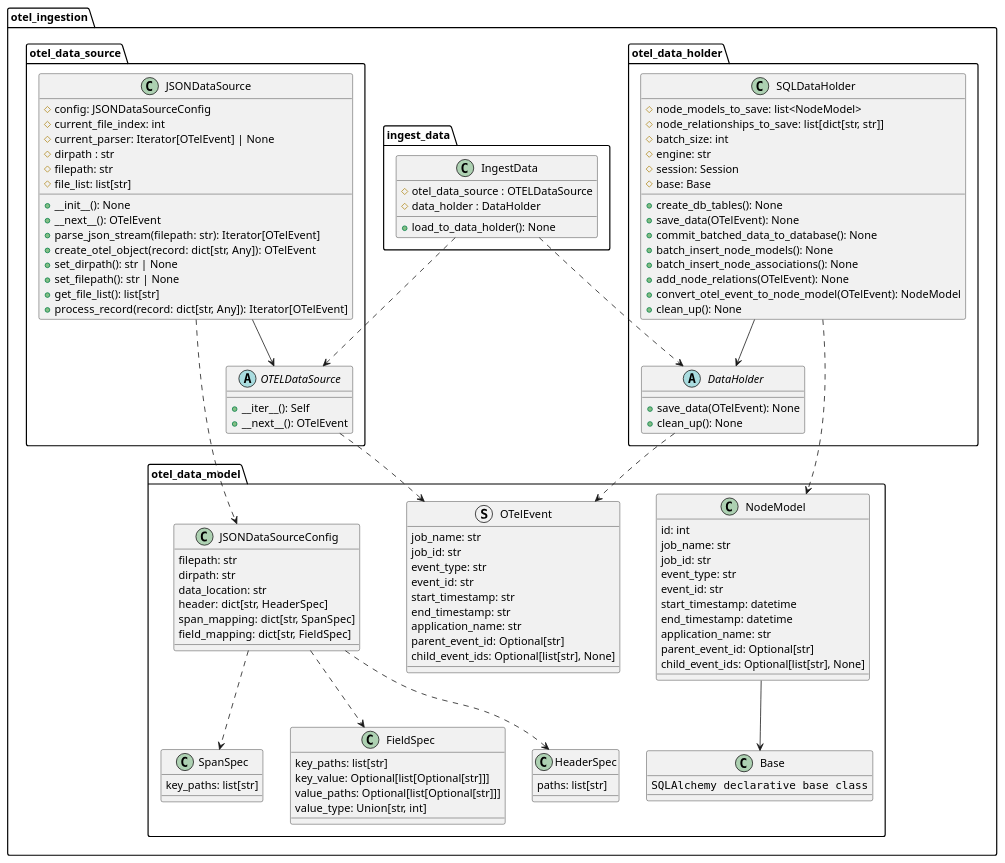
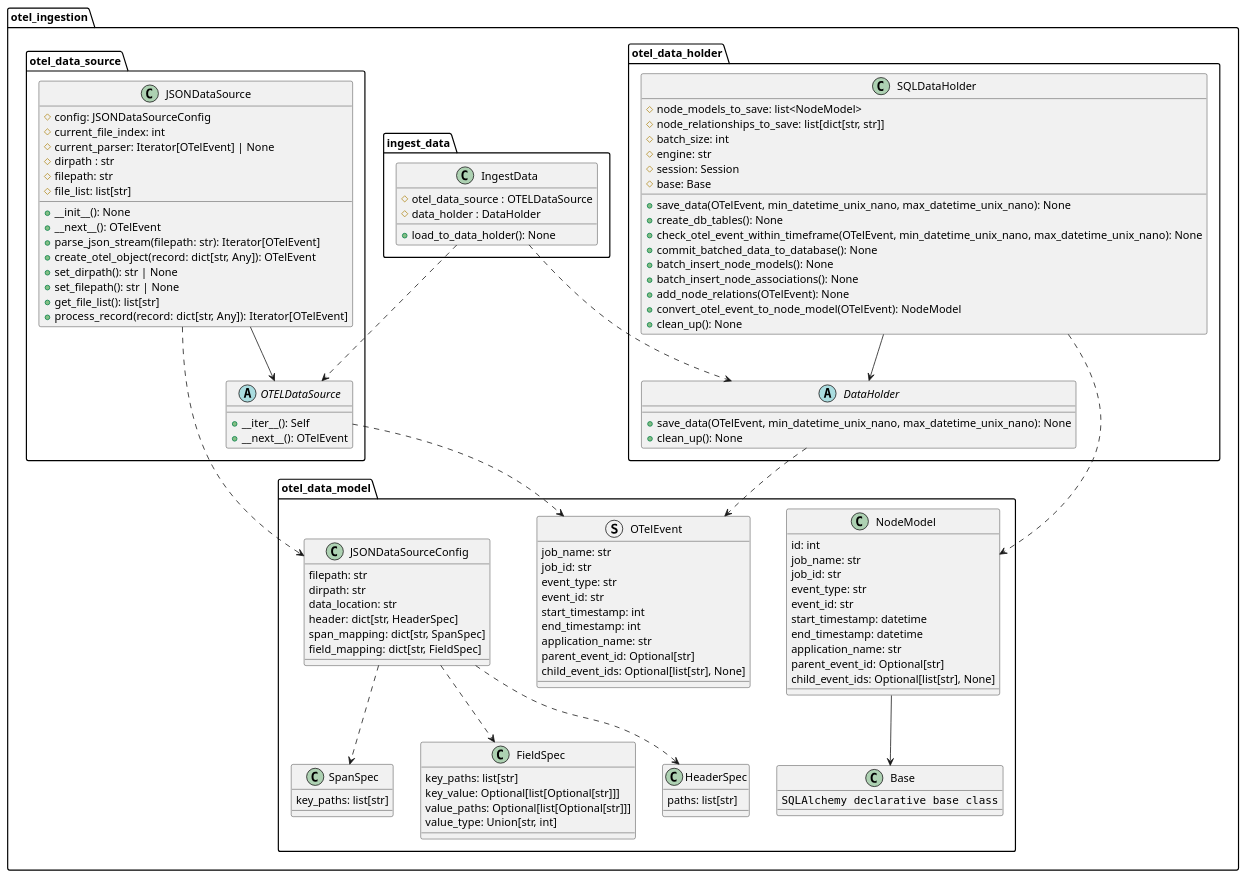
Before and after one commit to xtuml/otel2puml: the diagram in docs/development/design/3-DN-Retrieving_unique_graphs_from_Otel_data/class_diagrams.puml, drawn with PlantUML. The commit also changed 4 other files, not shown here.

Commit message:
update class diagrams and design note

```diff
--- a/docs/development/design/3-DN-Retrieving_unique_graphs_from_Otel_data/class_diagrams.puml
+++ b/docs/development/design/3-DN-Retrieving_unique_graphs_from_Otel_data/class_diagrams.puml
@@ -1,129 +1,130 @@
 @startuml
 
 struct otel_ingestion.otel_data_model.OTelEvent {
     job_name: str
     job_id: str
     event_type: str
     event_id: str
-    start_timestamp: str
-    end_timestamp: str
+    start_timestamp: int
+    end_timestamp: int
     application_name: str
     parent_event_id: Optional[str]
     child_event_ids: Optional[list[str], None]
 }
 
 abstract class otel_ingestion.otel_data_source.OTELDataSource {
     +__iter__(): Self
     +__next__(): OTelEvent
 }
 
 class otel_ingestion.otel_data_source.JSONDataSource {
     #config: JSONDataSourceConfig
     #current_file_index: int
     #current_parser: Iterator[OTelEvent] | None
     #dirpath : str
     #filepath: str
     #file_list: list[str]
     +__init__(): None
     +__next__(): OTelEvent
     +parse_json_stream(filepath: str): Iterator[OTelEvent]
     +create_otel_object(record: dict[str, Any]): OTelEvent
     +set_dirpath(): str | None
     +set_filepath(): str | None
     +get_file_list(): list[str]
     +process_record(record: dict[str, Any]): Iterator[OTelEvent]
 }
 
 class otel_ingestion.otel_data_holder.SQLDataHolder {
     #node_models_to_save: list<NodeModel>
     #node_relationships_to_save: list[dict[str, str]]
     #batch_size: int
     #engine: str
     #session: Session
     #base: Base
+    +save_data(OTelEvent, min_datetime_unix_nano, max_datetime_unix_nano): None
     +create_db_tables(): None
-    +save_data(OTelEvent): None
+    +check_otel_event_within_timeframe(OTelEvent, min_datetime_unix_nano, max_datetime_unix_nano): None
     +commit_batched_data_to_database(): None
     +batch_insert_node_models(): None
     +batch_insert_node_associations(): None
     +add_node_relations(OTelEvent): None
     +convert_otel_event_to_node_model(OTelEvent): NodeModel
     +clean_up(): None
 }
 
 class otel_ingestion.otel_data_model.NodeModel {
     id: int
     job_name: str
     job_id: str
     event_type: str
     event_id: str
     start_timestamp: datetime
     end_timestamp: datetime
     application_name: str
     parent_event_id: Optional[str]
     child_event_ids: Optional[list[str], None]
 }
 
 class otel_ingestion.otel_data_model.Base {
     ""SQLAlchemy declarative base class""
 }
 
 abstract class otel_ingestion.otel_data_holder.DataHolder {
-    +save_data(OTelEvent): None
+    +save_data(OTelEvent, min_datetime_unix_nano, max_datetime_unix_nano): None
     +clean_up(): None
 }
 
 class otel_ingestion.ingest_data.IngestData {
     #otel_data_source : OTELDataSource
     #data_holder : DataHolder
     +load_to_data_holder(): None
 }
 
 class otel_ingestion.otel_data_model.JSONDataSourceConfig {
     filepath: str
     dirpath: str
     data_location: str
     header: dict[str, HeaderSpec]
     span_mapping: dict[str, SpanSpec]
     field_mapping: dict[str, FieldSpec]
 }
 
 class otel_ingestion.otel_data_model.HeaderSpec {
     paths: list[str]
 }
 
 class otel_ingestion.otel_data_model.SpanSpec {
     key_paths: list[str]
 }
 
 class otel_ingestion.otel_data_model.FieldSpec {
     key_paths: list[str]
     key_value: Optional[list[Optional[str]]]
     value_paths: Optional[list[Optional[str]]]
     value_type: Union[str, int]
 }
 
 otel_ingestion.ingest_data.IngestData ..> otel_ingestion.otel_data_source.OTELDataSource
 
 otel_ingestion.ingest_data.IngestData ..> otel_ingestion.otel_data_holder.DataHolder
 
 otel_ingestion.otel_data_source.OTELDataSource ..> otel_ingestion.otel_data_model.OTelEvent
 
 otel_ingestion.otel_data_source.JSONDataSource --> otel_ingestion.otel_data_source.OTELDataSource
 
 otel_ingestion.otel_data_holder.SQLDataHolder --> otel_ingestion.otel_data_holder.DataHolder
 
 otel_ingestion.otel_data_holder.SQLDataHolder ..> otel_ingestion.otel_data_model.NodeModel
 
 otel_ingestion.otel_data_model.NodeModel --> otel_ingestion.otel_data_model.Base
 
 otel_ingestion.otel_data_holder.DataHolder ..> otel_ingestion.otel_data_model.OTelEvent
 
 otel_ingestion.otel_data_source.JSONDataSource ..> otel_ingestion.otel_data_model.JSONDataSourceConfig
 
 otel_ingestion.otel_data_model.JSONDataSourceConfig ..> otel_ingestion.otel_data_model.HeaderSpec
 
 otel_ingestion.otel_data_model.JSONDataSourceConfig ..> otel_ingestion.otel_data_model.SpanSpec
 
 otel_ingestion.otel_data_model.JSONDataSourceConfig ..> otel_ingestion.otel_data_model.FieldSpec
 @enduml
```
